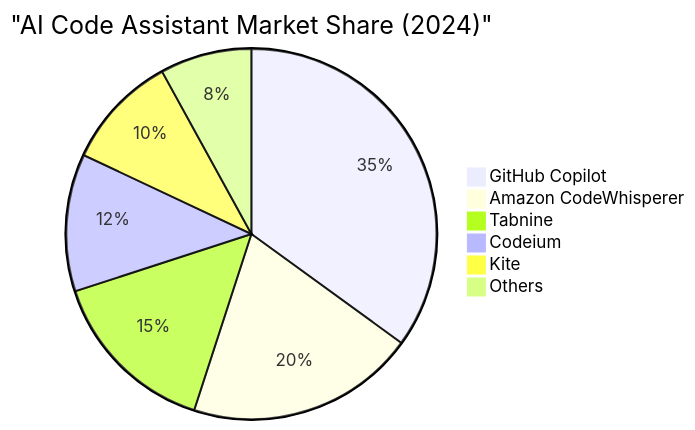
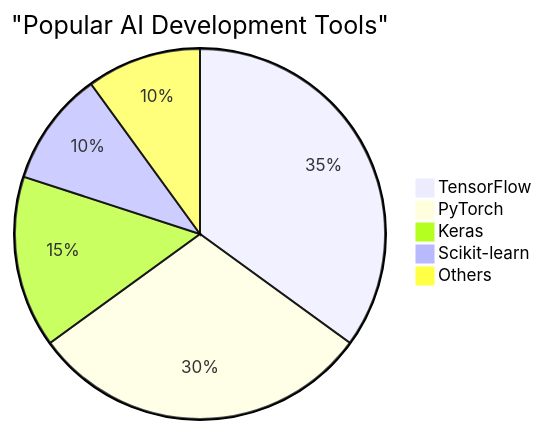
One commit to vgiri2015/ai-agentic-rag-job-market-analysis changed the fifth of 10 diagrams in data/final_report.md. Above: the diagram before and after it, drawn with Mermaid. The commit also changed other lines of this file and 1 other file, not shown here.

````diff
--- a/data/final_report.md
+++ b/data/final_report.md
@@ -49,9 +58,8 @@
 ```mermaid
-pie title "AI Code Assistant Market Share (2024)"
-    "GitHub Copilot" : 35
-    "Amazon CodeWhisperer" : 20
-    "Tabnine" : 15
-    "Codeium" : 12
-    "Kite" : 10
-    "Others" : 8
+pie title "Popular AI Development Tools"
+    "TensorFlow" : 35
+    "PyTorch" : 30
+    "Keras" : 15
+    "Scikit-learn" : 10
+    "Others" : 10
 ```
````
